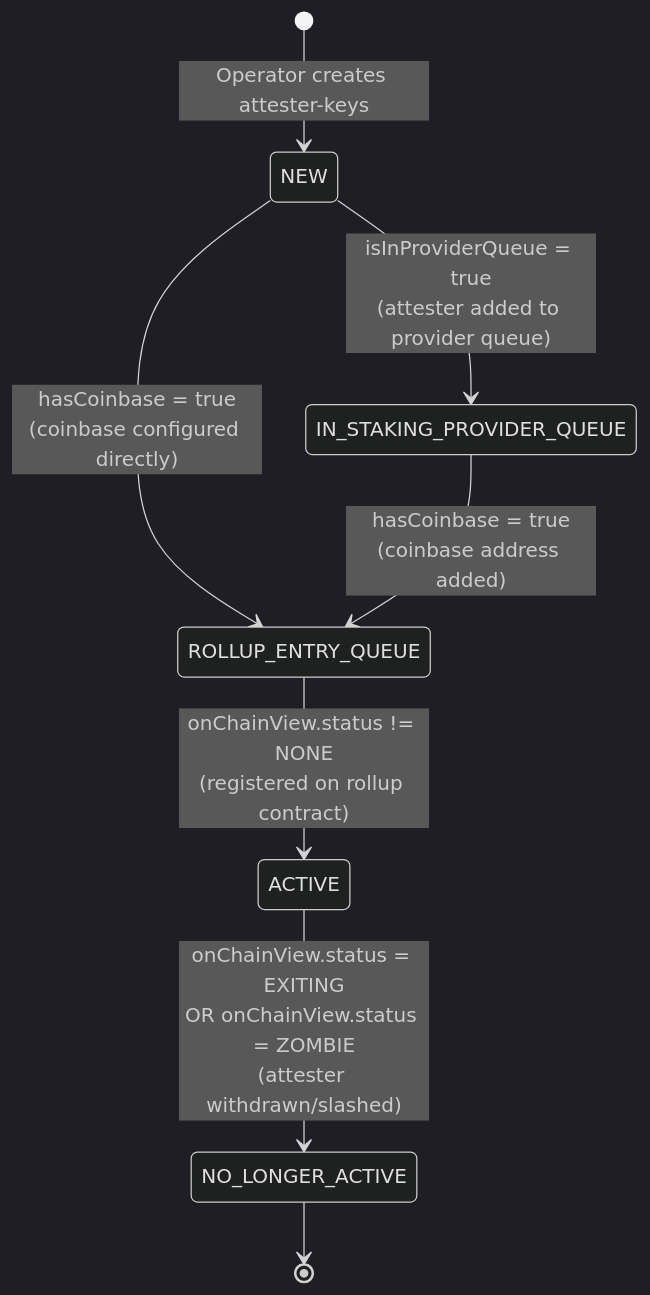
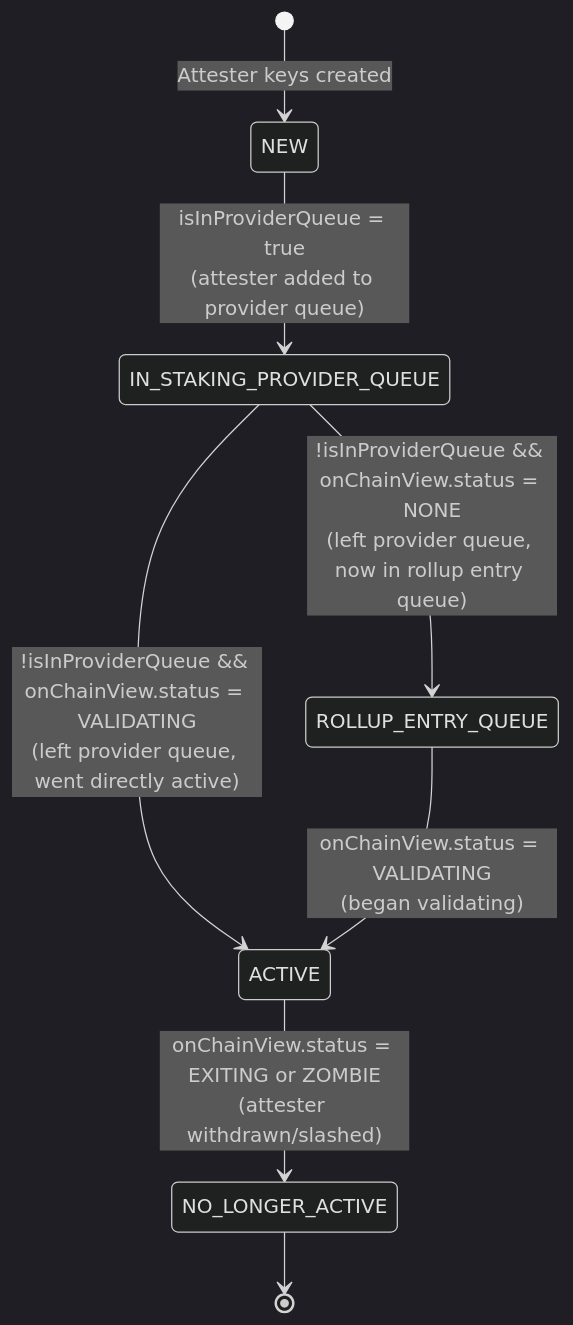
The diagram in README.md (aztec-scan/aztec-butler), drawn with Mermaid (dark theme) before and after one commit. The commit also changed other lines of this file and 2 other files, not shown here.

````diff
--- a/README.md
+++ b/README.md
@@ -11,15 +11,15 @@
 ```mermaid
 stateDiagram-v2
-    [*] --> NEW: Operator creates attester-keys
+    [*] --> NEW: Attester keys created
 
     NEW --> IN_STAKING_PROVIDER_QUEUE: isInProviderQueue = true<br/>(attester added to provider queue)
-    NEW --> ROLLUP_ENTRY_QUEUE: hasCoinbase = true<br/>(coinbase configured directly)
 
-    IN_STAKING_PROVIDER_QUEUE --> ROLLUP_ENTRY_QUEUE: hasCoinbase = true<br/>(coinbase address added)
+    IN_STAKING_PROVIDER_QUEUE --> ROLLUP_ENTRY_QUEUE: !isInProviderQueue && onChainView.status = NONE<br/>(left provider queue, now in rollup entry queue)
+    IN_STAKING_PROVIDER_QUEUE --> ACTIVE: !isInProviderQueue && onChainView.status = VALIDATING<br/>(left provider queue, went directly active)
 
-    ROLLUP_ENTRY_QUEUE --> ACTIVE: onChainView.status != NONE<br/>(registered on rollup contract)
+    ROLLUP_ENTRY_QUEUE --> ACTIVE: onChainView.status = VALIDATING<br/>(began validating)
 
-    ACTIVE --> NO_LONGER_ACTIVE: onChainView.status = EXITING<br/>OR onChainView.status = ZOMBIE<br/>(attester withdrawn/slashed)
+    ACTIVE --> NO_LONGER_ACTIVE: onChainView.status = EXITING or ZOMBIE<br/>(attester withdrawn/slashed)
 
     NO_LONGER_ACTIVE --> [*]
 ```
````
